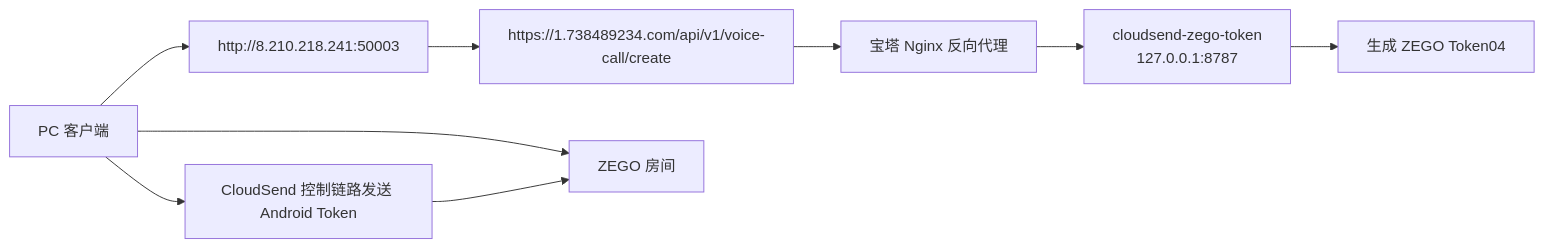
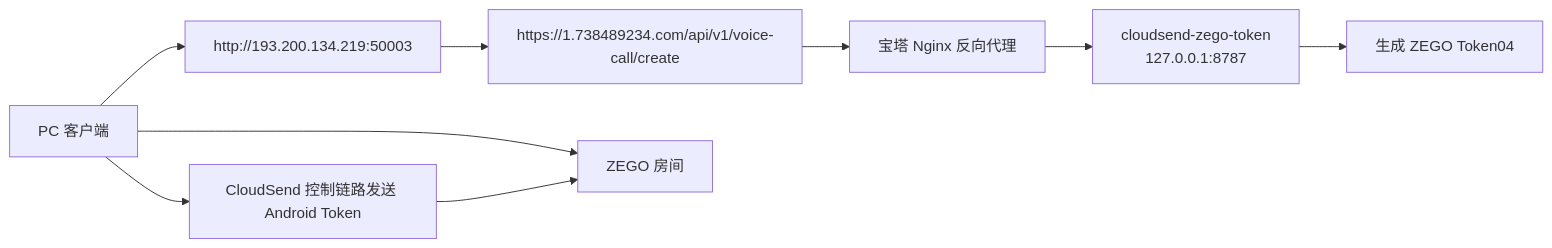
Before and after one commit to Super-Build/Cloudsend: the diagram in docs/ZEGO_TOKEN_SERVICE_DEPLOYMENT.md, drawn with Mermaid. The commit also changed other lines of this file and 10 other files, not shown here.

````diff
--- a/docs/ZEGO_TOKEN_SERVICE_DEPLOYMENT.md
+++ b/docs/ZEGO_TOKEN_SERVICE_DEPLOYMENT.md
@@ -40,11 +40,11 @@
 ```mermaid
 flowchart LR
-    PC["PC 客户端"] --> Proxy["http://8.210.218.241:50003"]
+    PC["PC 客户端"] --> Proxy["http://193.200.134.219:50003"]
     Proxy --> Domain["https://1.738489234.com/api/v1/voice-call/create"]
     Domain --> Nginx["宝塔 Nginx 反向代理"]
     Nginx --> Go["cloudsend-zego-token<br/>127.0.0.1:8787"]
     Go --> Token["生成 ZEGO Token04"]
     PC --> Android["CloudSend 控制链路发送 Android Token"]
     PC --> Zego["ZEGO 房间"]
     Android --> Zego
 ```
````
